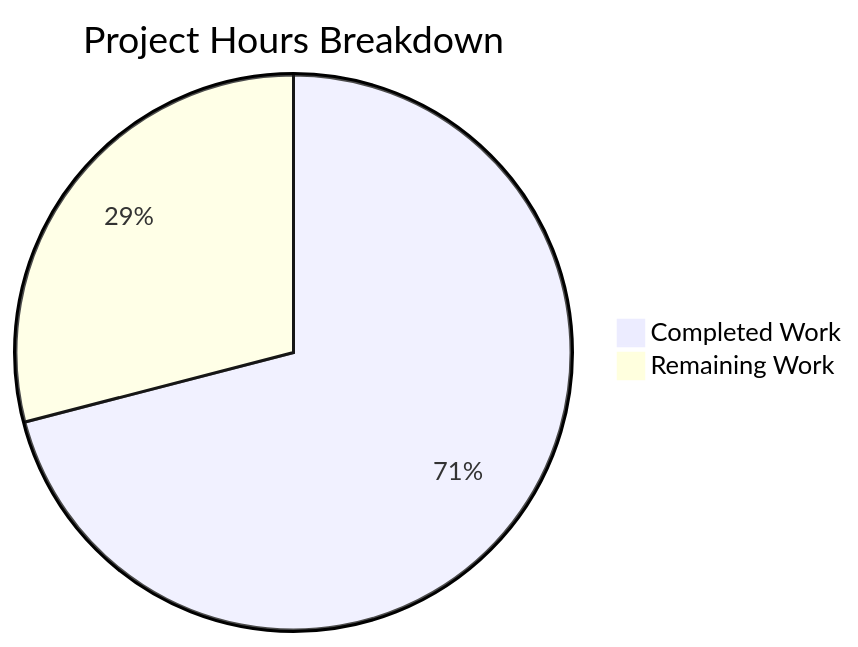
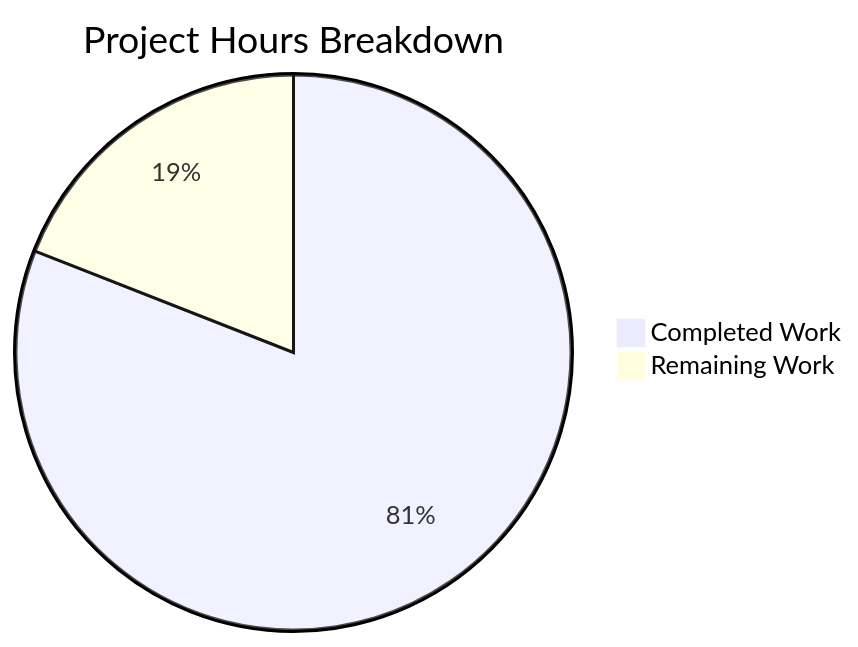
The second of 2 diagrams in blitzy/documentation/Project Guide.md (Blitzy-Sandbox/blitzy-formbricks), drawn with Mermaid before and after one commit. The commit also changed other lines of this file, not shown here.

Commit message:
Adding Blitzy Project Guide: Project Status and Human Tasks Remaining

````diff
--- a/blitzy/documentation/Project Guide.md
+++ b/blitzy/documentation/Project Guide.md
@@ -212,5 +216,5 @@
 ```mermaid
 pie title Project Hours Breakdown
-    "Completed Work" : 44
-    "Remaining Work" : 18
+    "Completed Work" : 136
+    "Remaining Work" : 32
 ```
````
